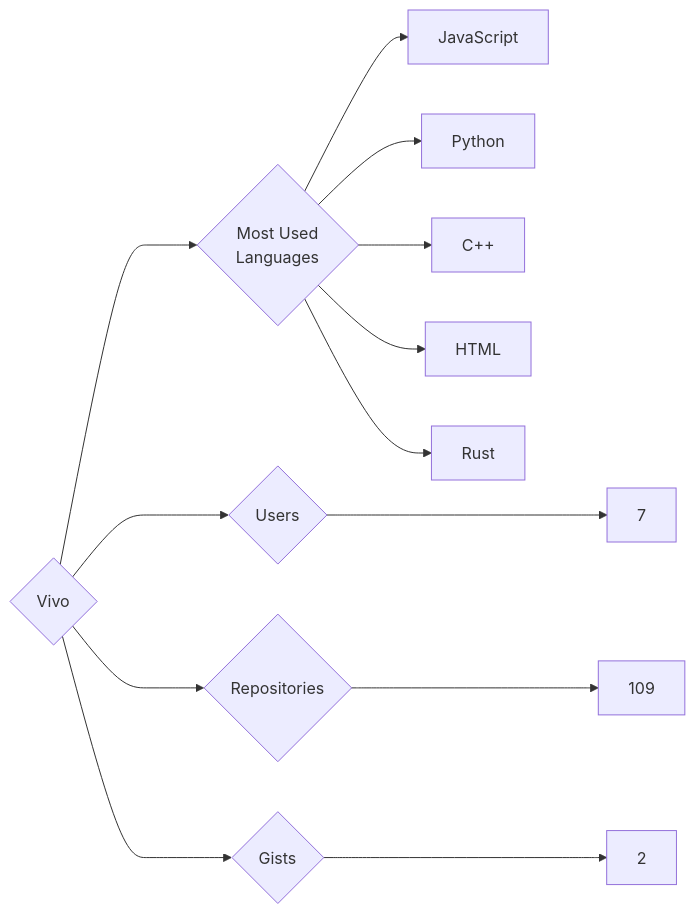
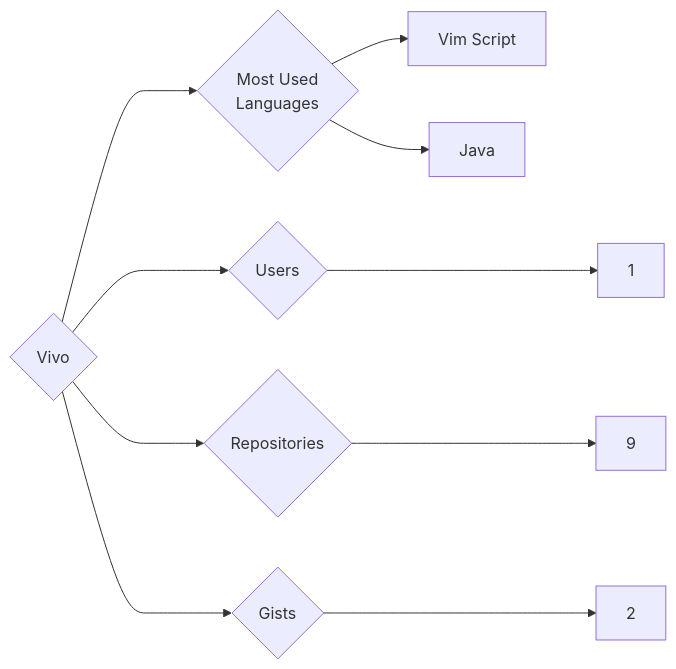
Before and after one commit to trickest/insiders: the diagram in targets/Vivo/README.md, drawn with Mermaid. The commit also changed 1496 other files, not shown here.

````diff
--- a/targets/Vivo/README.md
+++ b/targets/Vivo/README.md
@@ -3,13 +3,10 @@
 ```mermaid
 graph LR
 COMPANY_NAME{Vivo}
-COMPANY_NAME ---> U{Users} ---> UN[7]
-COMPANY_NAME ---> R{Repositories} ---> RN[109]
+COMPANY_NAME ---> U{Users} ---> UN[1]
+COMPANY_NAME ---> R{Repositories} ---> RN[9]
 COMPANY_NAME ---> G{Gists} ---> GN[2]
 COMPANY_NAME ---> ML{Most Used<br>Languages}
-ML --> JavaScript[JavaScript]
-ML --> Python[Python]
-ML --> C++[C++]
-ML --> HTML[HTML]
-ML --> Rust[Rust]
+ML --> Vim_Script[Vim Script]
+ML --> Java[Java]
 ```
````
